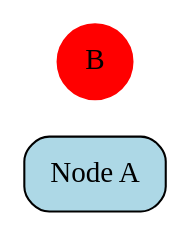
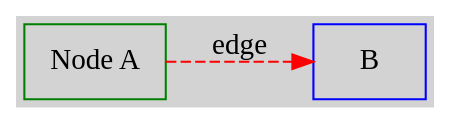
The seventh of 23 diagrams in docs/kroki/graphviz/syntax-rules.md (chyax98/DiagramAI), drawn with Graphviz before and after one commit. The commit also changed other lines of this file and 52 other files, not shown here.

````diff
--- a/docs/kroki/graphviz/syntax-rules.md
+++ b/docs/kroki/graphviz/syntax-rules.md
@@ -175,23 +100,15 @@
 ```dot
 digraph {
-  // ✅ 图属性
-  graph [rankdir=LR bgcolor=white]
-
-  // ✅ 默认节点属性
-  node [shape=box style=filled]
-
-  // ✅ 默认边属性
-  edge [color=blue arrowhead=vee]
-
-  // ✅ 多属性列表
-  A [
-    label="Node A"
-    shape=box,
-    style="filled,rounded";
-    fillcolor=lightblue
-  ]
-
-  // ✅ 分号或逗号分隔
-  B [label="B", shape=circle; color=red]
+  // 1. 全局默认
+  graph [bgcolor=lightgray]
+  node [shape=box, color=blue]
+  edge [color=red]
+  
+  // 2. 节点/边直接设置
+  A [label="Node A", color=green]
+  A -> B [label="edge", style=dashed]
+  
+  // 3. 赋值语句
+  rankdir=LR
 }
 ```
````
